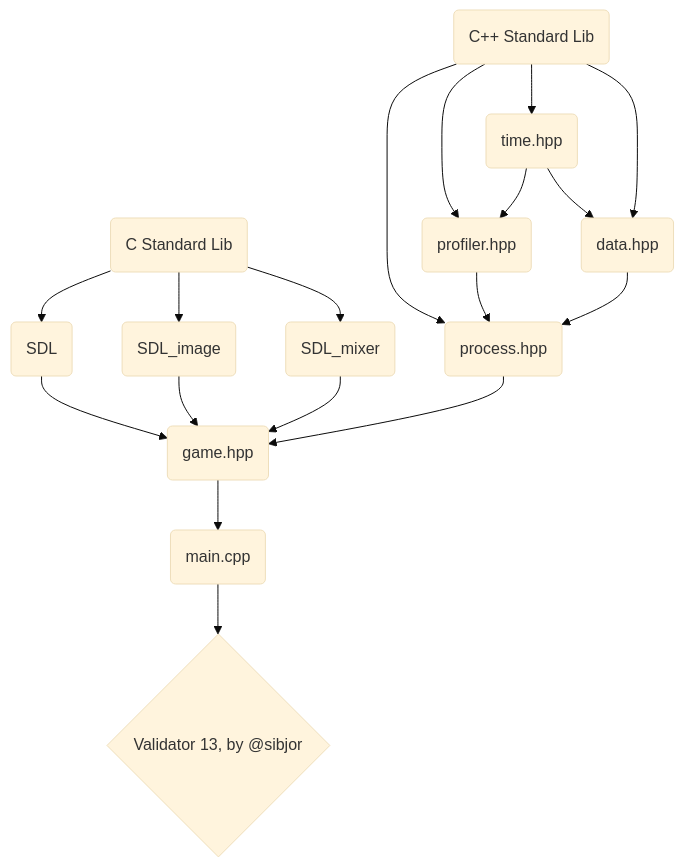
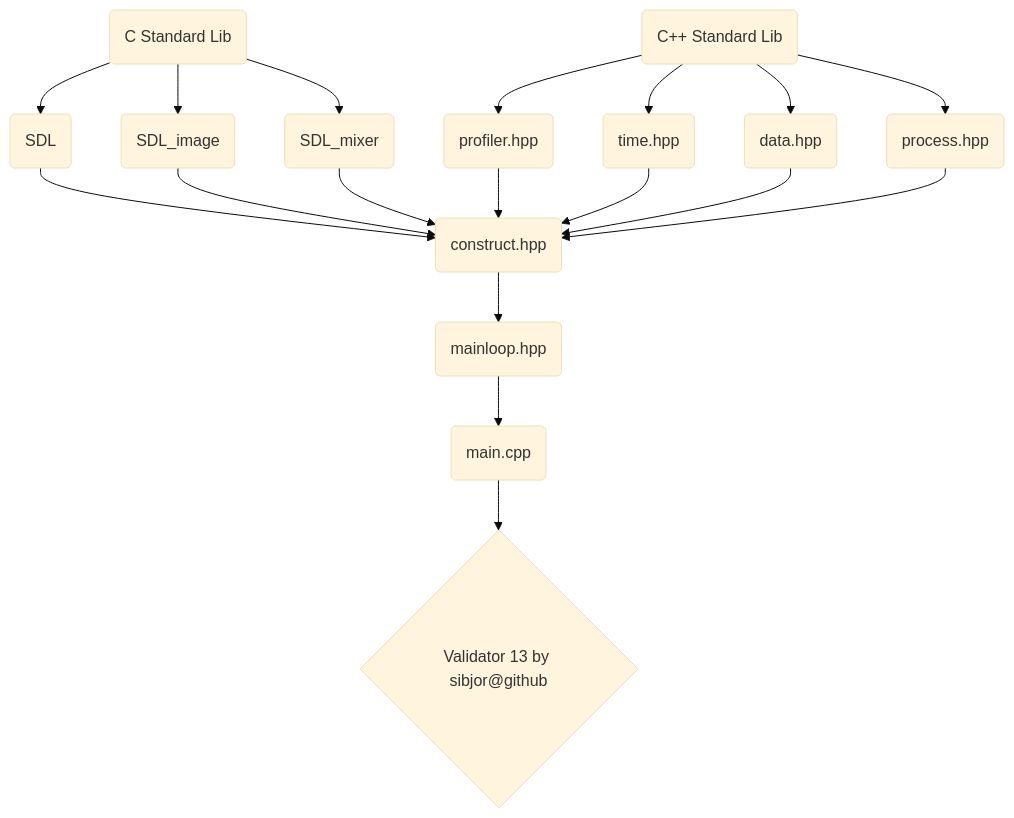
Before and after one commit to sibjor/ParkourRunner: the diagram in README.md, drawn with Mermaid (base theme). The commit also changed other lines of this file and 12 other files, not shown here.

````diff
--- a/README.md
+++ b/README.md
@@ -15,28 +13,35 @@
 ```mermaid
 flowchart TD
     A(C Standard Lib)
     B(C++ Standard Lib)
     C(SDL)
     D(SDL_image)
     E(SDL_mixer)
-    G(process.hpp)
-    H(profiler.hpp) 
-    I(time.hpp) 
-    J(data.hpp)
-    K(game.hpp)
+    F(profiler.hpp) 
+    G(time.hpp) 
+    H(data.hpp)
+    I(process.hpp)
+    J(construct.hpp)
+    K(mainloop.hpp)
     L(main.cpp)
+    M{Validator 13 by sibjor@github}
 
-    A --> C --> K
-    A --> D --> K
-    A --> E --> K
+    A --> C 
+    A --> D 
+    A --> E
+    B --> F 
+    B --> G
+    B --> H 
+    B --> I
 
-    B --> G 
-    B --> H --> G
-    B --> I
-    B --> J --> G
-
-    G --> K --> L --> M{Validator 13, by @sibjor}
-    
-    I --> H
+    C --> J
+    D --> J
+    E --> J
+    F --> J
+    G --> J
+    H --> J
     I --> J
+    J --> K
+    K --> L
+    L --> M
 ```
````
